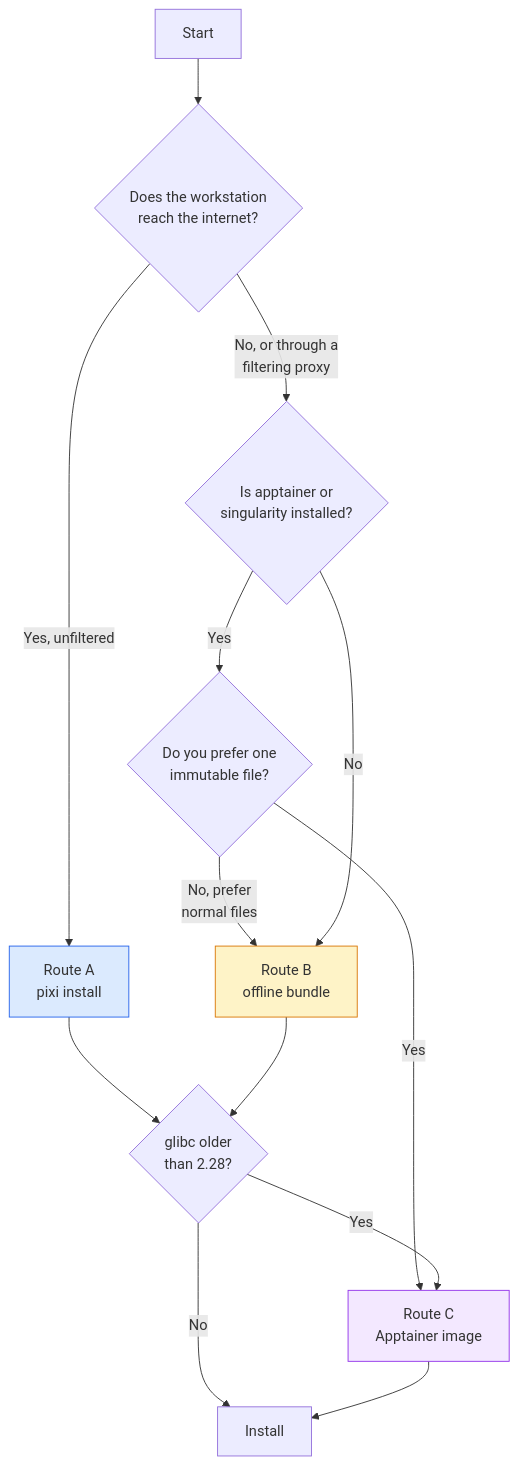
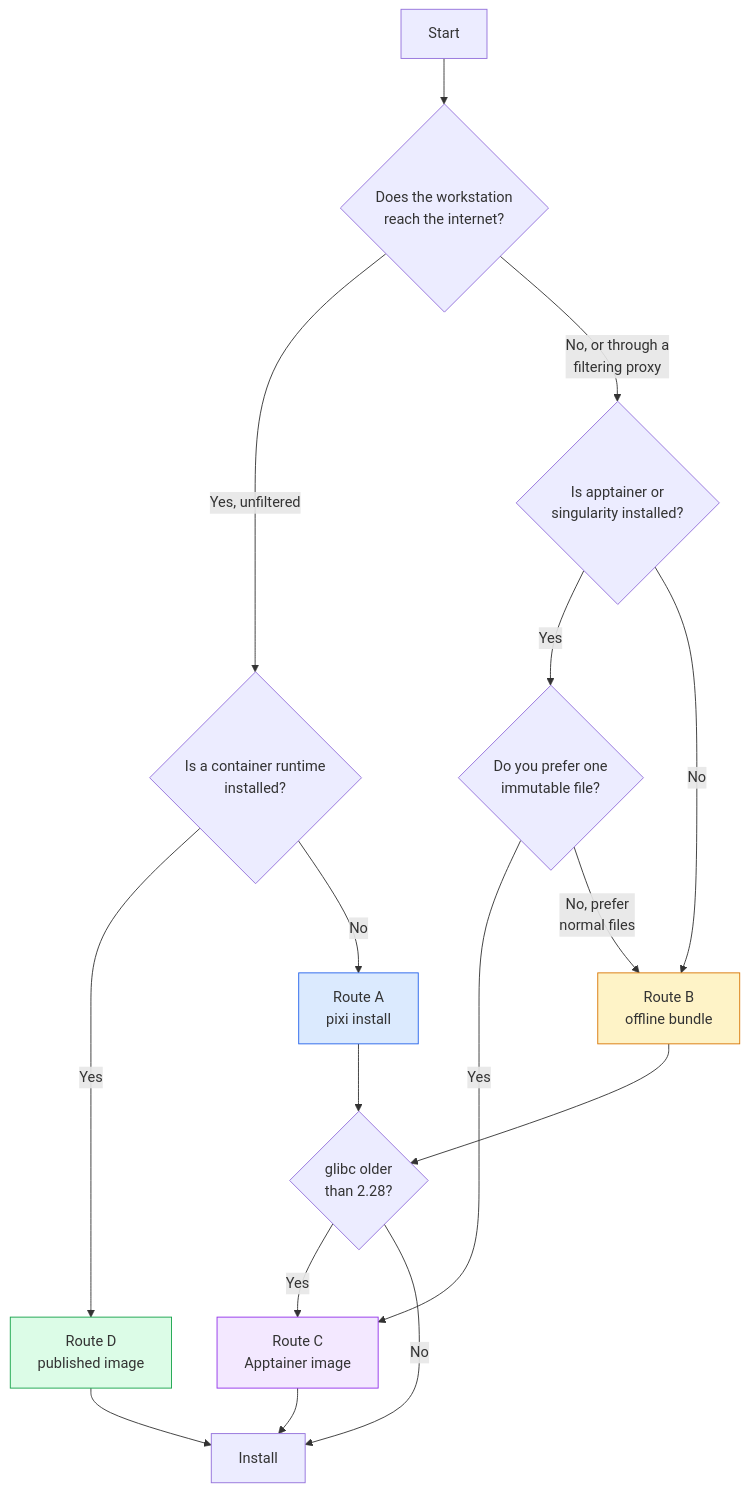
One commit to rujinlong/nf-phamseek changed the diagram in deploy/INSTALL.md. Above: the diagram before and after it, drawn with Mermaid. The commit also changed other lines of this file and 22 other files, not shown here.

````diff
--- a/deploy/INSTALL.md
+++ b/deploy/INSTALL.md
@@ -65,19 +66,23 @@
 ```mermaid
 flowchart TD
     A[Start] --> B{Does the workstation<br/>reach the internet?}
-    B -- "Yes, unfiltered" --> C[Route A<br/>pixi install]
+    B -- "Yes, unfiltered" --> Z{Is a container runtime<br/>installed?}
+    Z -- Yes --> Y[Route D<br/>published image]
+    Z -- No --> C[Route A<br/>pixi install]
     B -- "No, or through a<br/>filtering proxy" --> D{Is apptainer or<br/>singularity installed?}
     D -- Yes --> E{Do you prefer one<br/>immutable file?}
     E -- Yes --> F[Route C<br/>Apptainer image]
     E -- "No, prefer<br/>normal files" --> G[Route B<br/>offline bundle]
     D -- No --> G
     C --> H{glibc older<br/>than 2.28?}
     G --> H
     H -- Yes --> F
     H -- No --> I[Install]
     F --> I
+    Y --> I
 
+    style Y fill:#dcfce7,stroke:#16a34a
     style C fill:#dbeafe,stroke:#2563eb
     style G fill:#fef3c7,stroke:#d97706
     style F fill:#f3e8ff,stroke:#9333ea
 ```
````
